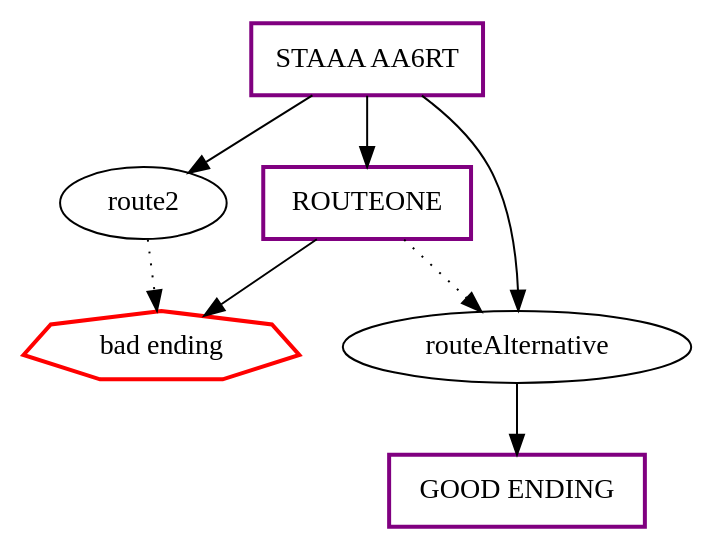
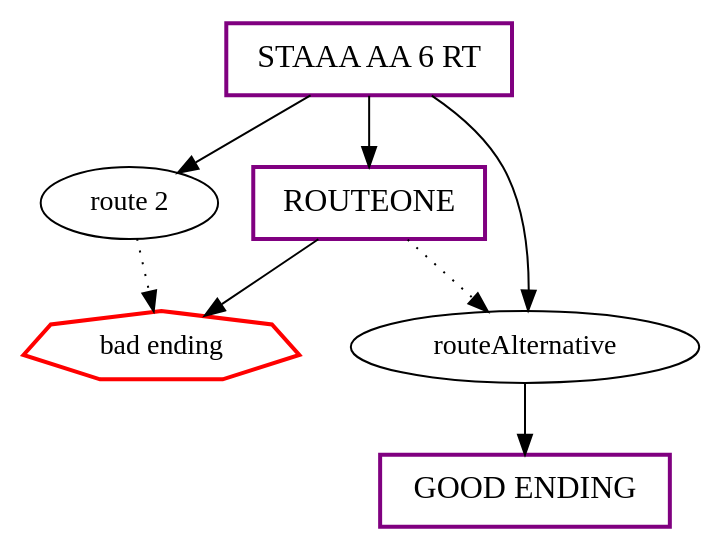
Before and after one commit to EwenQuim/renpy-graphviz: the diagram in testCases/complex/renpy-graphviz.dot, drawn with Graphviz. The commit also changed 25 other files, not shown here.

```diff
--- a/testCases/complex/renpy-graphviz.dot
+++ b/testCases/complex/renpy-graphviz.dot
@@ -1,17 +1,17 @@
 digraph  {
 	
 	n2[color="red",label="bad ending",shape="septagon",style="bold"];
-	n4[color="purple",label="GOOD ENDING",shape="rectangle",style="bold"];
-	n5[label="route2"];
+	n4[color="purple",fontsize="16",label="GOOD ENDING",shape="rectangle",style="bold"];
+	n5[label="route 2"];
 	n3[label="routeAlternative"];
-	n1[color="purple",label="ROUTEONE",shape="rectangle",style="bold"];
-	n6[color="purple",label="STAAA AA6RT",shape="rectangle",style="bold"];
+	n1[color="purple",fontsize="16",label="ROUTEONE",shape="rectangle",style="bold"];
+	n6[color="purple",fontsize="16",label="STAAA AA 6 RT",shape="rectangle",style="bold"];
 	n5->n2[style="dotted"];
 	n3->n4;
 	n1->n2;
 	n1->n3[style="dotted"];
 	n6->n1;
 	n6->n5;
 	n6->n3;
 	
 }
```
